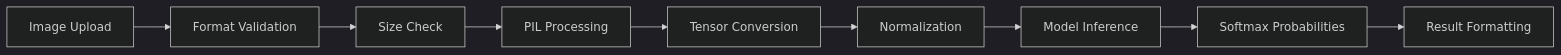
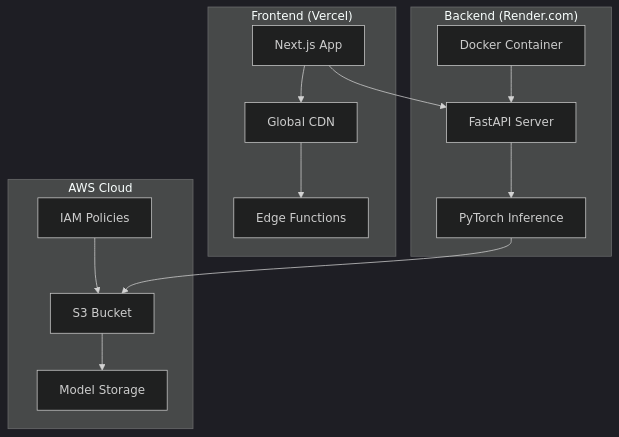
Before and after one commit to nickklos10/Concrete-Crack-Detector-CV: the diagram in README.md, drawn with Mermaid (dark theme). The commit also changed other lines of this file, not shown here.

````diff
--- a/README.md
+++ b/README.md
@@ -240,11 +63,20 @@
 ```mermaid
-graph LR
-    A[Image Upload] --> B[Format Validation]
-    B --> C[Size Check]
-    C --> D[PIL Processing]
-    D --> E[Tensor Conversion]
-    E --> F[Normalization]
-    F --> G[Model Inference]
-    G --> H[Softmax Probabilities]
-    H --> I[Result Formatting]
+graph TB
+    subgraph "Frontend (Vercel)"
+        A[Next.js App] --> B[Global CDN]
+        B --> C[Edge Functions]
+    end
+    
+    subgraph "Backend (Render.com)"
+        D[Docker Container] --> E[FastAPI Server]
+        E --> F[PyTorch Inference]
+    end
+    
+    subgraph "AWS Cloud"
+        G[S3 Bucket] --> H[Model Storage]
+        I[IAM Policies] --> G
+    end
+    
+    A --> E
+    F --> G
 ```
````
